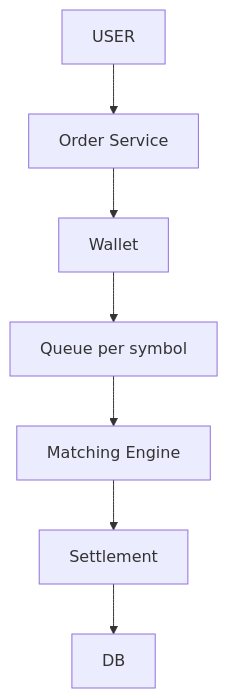
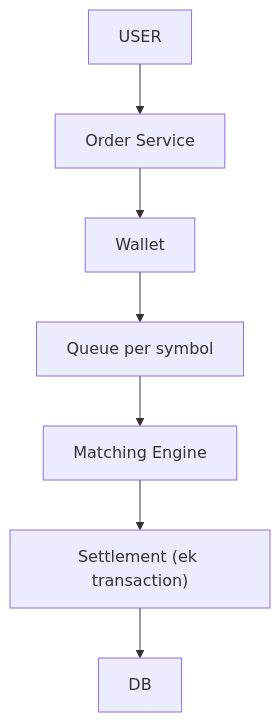
One commit to ArpanMaheshwari144/Prep changed the fourth of 9 diagrams in 04_HLD/SYSTEM_DESIGNS/05_stock_broker_trading/05_stock_broker_trading.md. Above: the diagram before and after it, drawn with Mermaid. The commit also changed other lines of this file and 13 other files, not shown here.

Commit message:
HLD: NAYA dabbe ke saath ek line 'kya karta' (Settlement, PSP, Sweeper, Cursor store...), stock diagram me Settlement (ek transaction / SAGA)

````diff
--- a/04_HLD/SYSTEM_DESIGNS/05_stock_broker_trading/05_stock_broker_trading.md
+++ b/04_HLD/SYSTEM_DESIGNS/05_stock_broker_trading/05_stock_broker_trading.md
@@ -130,16 +131,16 @@
 ```mermaid
 flowchart TD
     n_USER["USER"]
     n_Order_Service["Order Service"]
     n_Wallet["Wallet"]
     n_Queue_per_symbol["Queue per symbol"]
     n_Matching_Engine["Matching Engine"]
-    n_Settlement["Settlement"]
+    n_Settlement["Settlement (ek transaction)"]
     n_DB["DB"]
     n_USER --> n_Order_Service
     n_Order_Service --> n_Wallet
     n_Wallet --> n_Queue_per_symbol
     n_Queue_per_symbol --> n_Matching_Engine
     n_Matching_Engine --> n_Settlement
     n_Settlement --> n_DB
 ```
````
